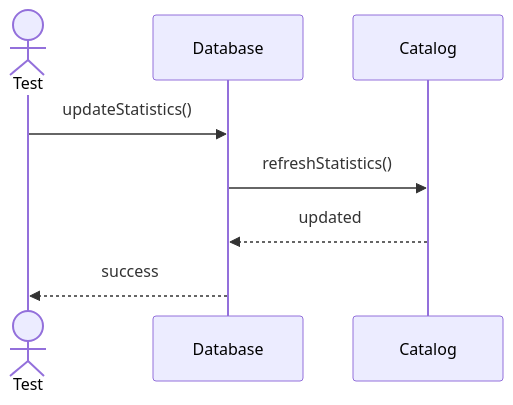
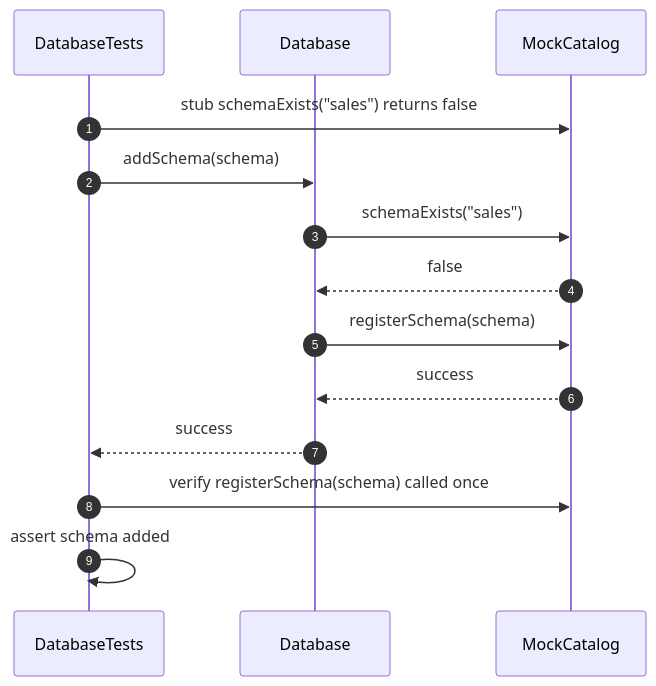
One commit to FhuAnn/-bbv-AN-s-DBMS changed the eighth of 25 diagrams in src/tests/unit/database/sequences/database-testing.se.md. Above: the diagram before and after it, drawn with Mermaid. The commit also changed other lines of this file and 28 other files, not shown here.

Commit message:
edit db sequence, dbtest

````diff
--- a/src/tests/unit/database/sequences/database-testing.se.md
+++ b/src/tests/unit/database/sequences/database-testing.se.md
@@ -123,11 +185,22 @@
 ```mermaid
 sequenceDiagram
-actor Test
-participant Database
-participant Catalog
+    autonumber
 
-Test->>Database: updateStatistics()
-Database->>Catalog: refreshStatistics()
-Catalog-->>Database: updated
-Database-->>Test: success
+    participant Test as DatabaseTests
+    participant Database
+    participant Catalog as MockCatalog
+
+    Test->>Catalog: stub schemaExists("sales") returns false
+    Test->>Database: addSchema(schema)
+
+    Database->>Catalog: schemaExists("sales")
+    Catalog-->>Database: false
+
+    Database->>Catalog: registerSchema(schema)
+    Catalog-->>Database: success
+
+    Database-->>Test: success
+
+    Test->>Catalog: verify registerSchema(schema) called once
+    Test->>Test: assert schema added
 ```
````
